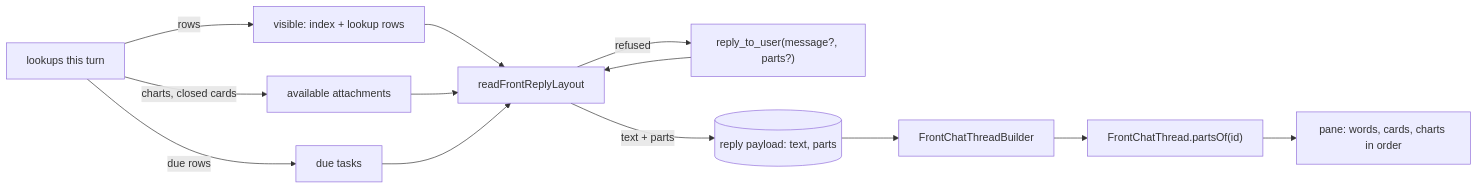
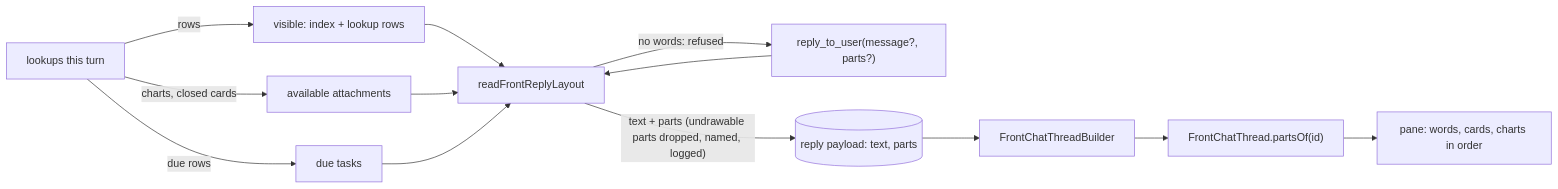
Before and after one commit to matthiasn/lotti: the tenth of 14 diagrams in knowledge/features/front_agent.md, drawn with Mermaid. The commit also changed other lines of this file and 5 other files, not shown here.

Commit message:
fix(front-agent): a reply part that cannot be drawn is dropped and named, never the whole answer

````diff
--- a/knowledge/features/front_agent.md
+++ b/knowledge/features/front_agent.md
@@ -1371,13 +1374,13 @@
 ```mermaid
 flowchart LR
   L[lookups this turn] -->|rows| V[visible: index + lookup rows]
   L -->|charts, closed cards| A[available attachments]
   L -->|due rows| D[due tasks]
   M["reply_to_user(message?, parts?)"] --> R[readFrontReplyLayout]
   V & A & D --> R
-  R -->|refused| M
-  R -->|text + parts| P[(reply payload: text, parts)]
+  R -->|no words: refused| M
+  R -->|"text + parts (undrawable parts dropped, named, logged)"| P[(reply payload: text, parts)]
   P --> B[FrontChatThreadBuilder]
   B --> T["FrontChatThread.partsOf(id)"]
   T --> S[pane: words, cards, charts in order]
 ```
````
